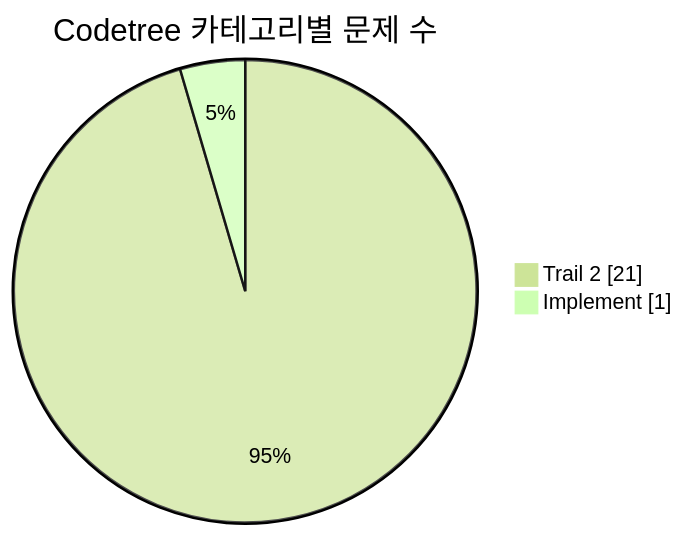
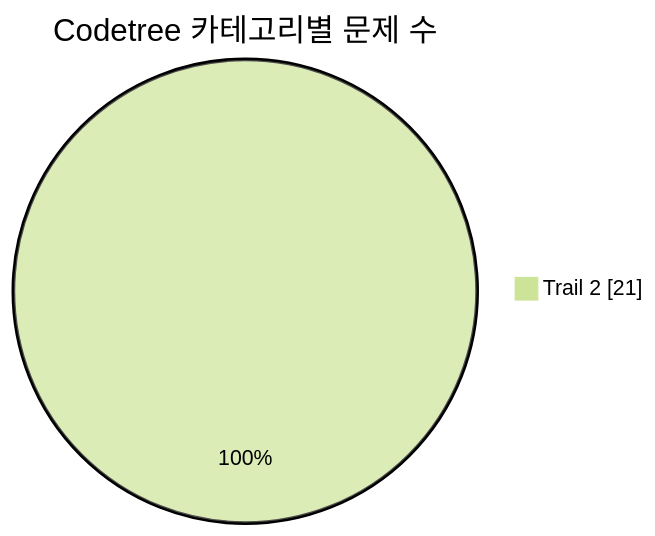
One commit to CHOOSLA/Algorithm changed the first of 2 diagrams in readme.md. Above: the diagram before and after it, drawn with Mermaid (forest theme). The commit also changed other lines of this file and 4 other files, not shown here.

````diff
--- a/readme.md
+++ b/readme.md
@@ -34,6 +34,5 @@
 ```mermaid
 pie showData
   title Codetree 카테고리별 문제 수
   "Trail 2" : 21
-  "Implement" : 1
 ```
````
